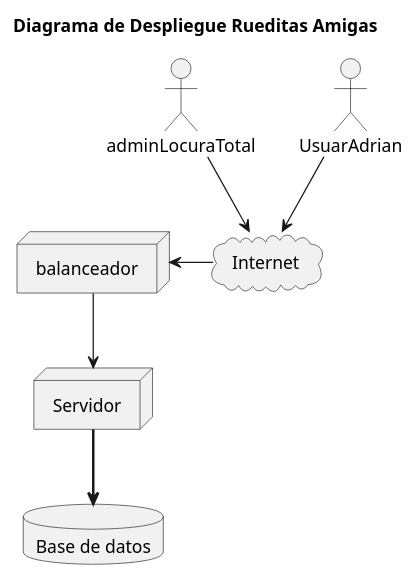
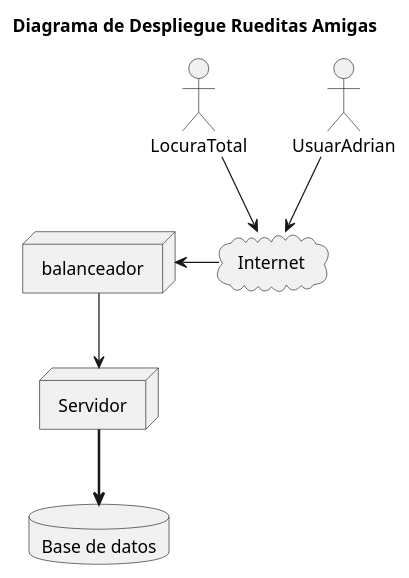
The diagram in diagrams/DiagramaDeDespliegue.puml (lrizzitano/RueditasAmigasDespliegue), drawn with PlantUML before and after one commit. The commit also changed 1 other file, not shown here.

```diff
--- a/diagrams/DiagramaDeDespliegue.puml
+++ b/diagrams/DiagramaDeDespliegue.puml
@@ -1,25 +1,25 @@
 @startuml
 'https://plantuml.com/deployment-diagram
 
 title Diagrama de Despliegue Rueditas Amigas
 
-actor "adminLocuraTotal"
+actor "LocuraTotal"
 actor "UsuarAdrian"
 
 cloud "Internet"
 
 node "Servidor"
 node "balanceador"
 
 database "Base de datos"
 
 "UsuarAdrian" --> "Internet"
-"adminLocuraTotal" --> "Internet"
+"LocuraTotal" --> "Internet"
 
 "Internet" -l-> "balanceador"
 
 "Servidor" -[bold]-> "Base de datos"
 
 "balanceador" --> "Servidor"
 
 @enduml
```
